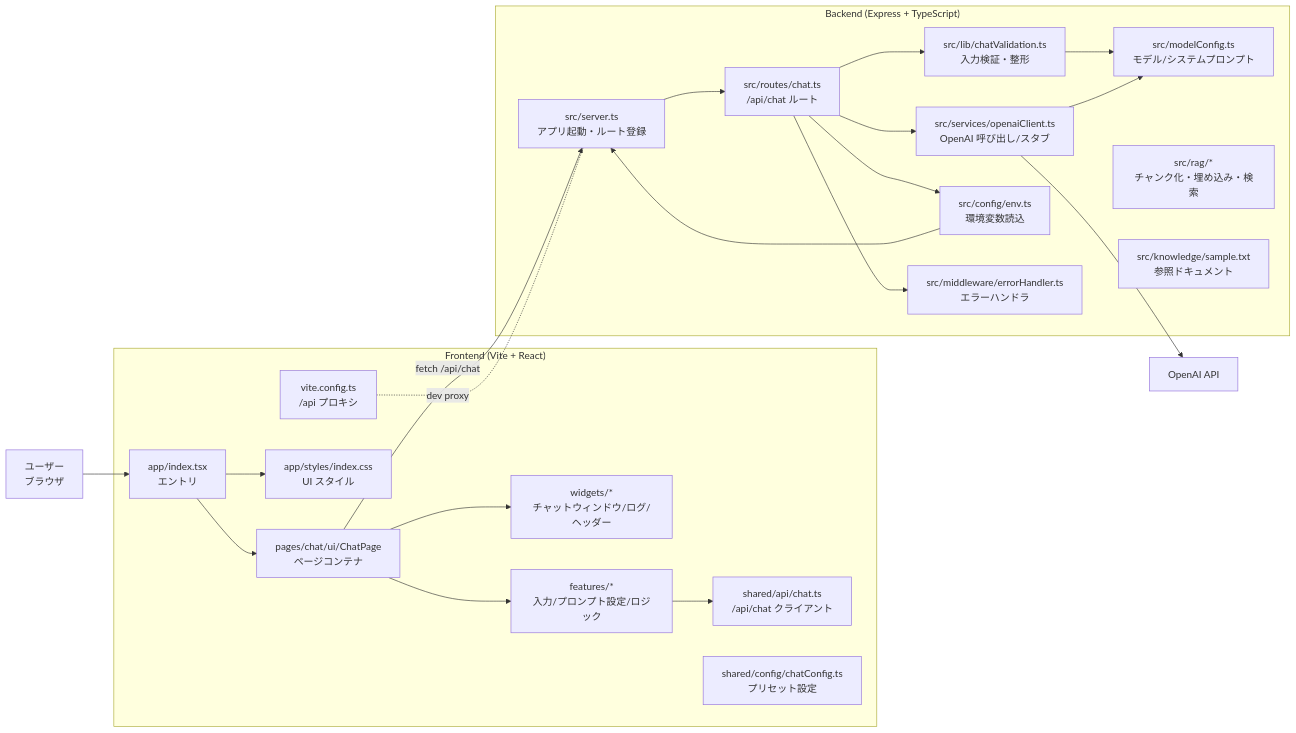
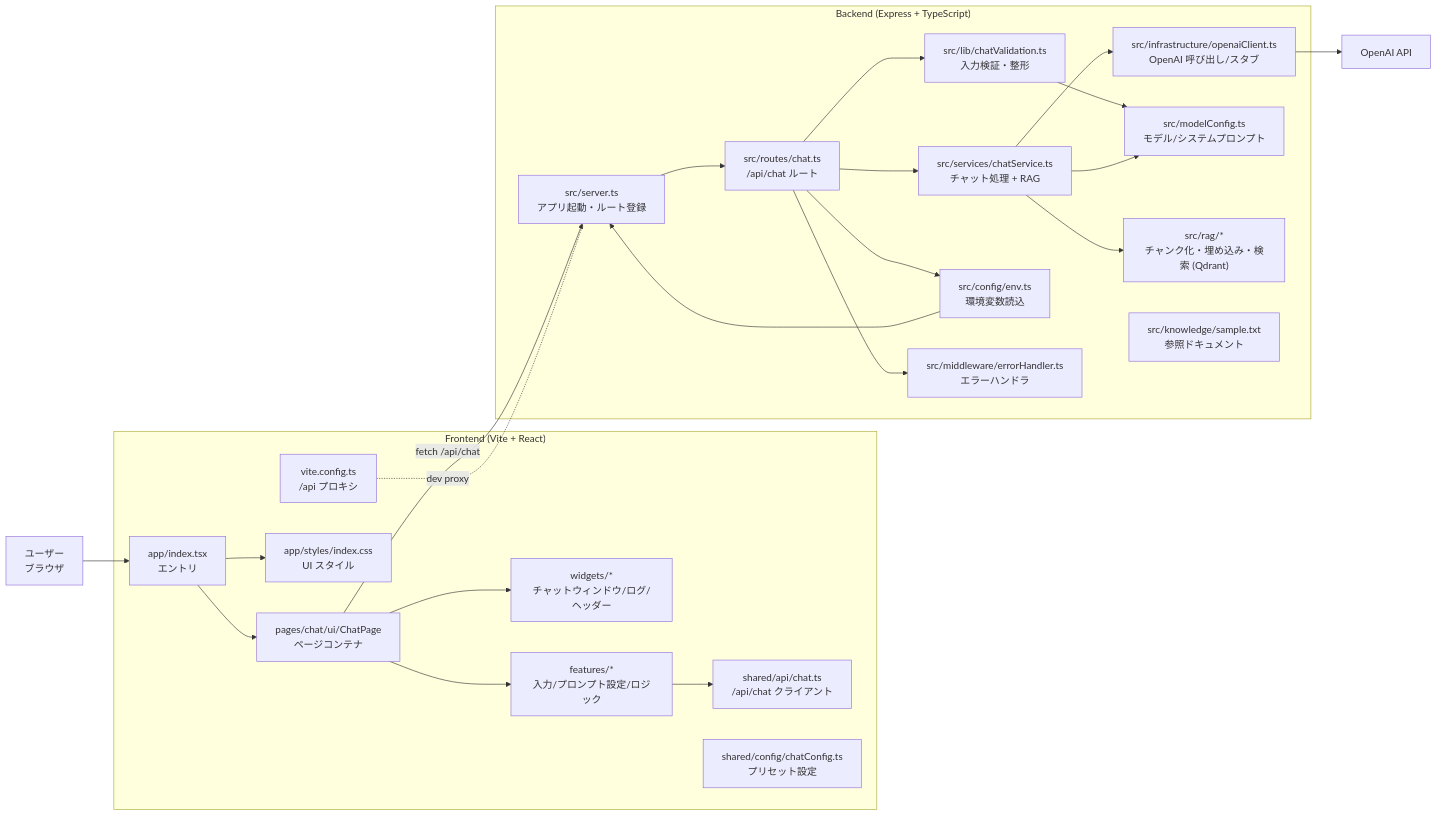
One commit to akihiro4321/llm-playground changed the diagram in README.md. Above: the diagram before and after it, drawn with Mermaid. The commit also changed other lines of this file and 5 other files, not shown here.

````diff
--- a/README.md
+++ b/README.md
@@ -74,46 +76,49 @@
 ```mermaid
 flowchart LR
   subgraph Frontend["Frontend (Vite + React)"]
     AppEntry["app/index.tsx<br/>エントリ"]
     ChatPage["pages/chat/ui/ChatPage<br/>ページコンテナ"]
     Widgets["widgets/*<br/>チャットウィンドウ/ログ/ヘッダー"]
     Features["features/*<br/>入力/プロンプト設定/ロジック"]
     SharedApi["shared/api/chat.ts<br/>/api/chat クライアント"]
     SharedCfg["shared/config/chatConfig.ts<br/>プリセット設定"]
     Styles["app/styles/index.css<br/>UI スタイル"]
     ConfigFE["vite.config.ts<br/>/api プロキシ"]
   end
 
   subgraph Backend["Backend (Express + TypeScript)"]
     Server["src/server.ts<br/>アプリ起動・ルート登録"]
     Routes["src/routes/chat.ts<br/>/api/chat ルート"]
     Validation["src/lib/chatValidation.ts<br/>入力検証・整形"]
-    OpenAI["src/services/openaiClient.ts<br/>OpenAI 呼び出し/スタブ"]
+    Service["src/services/chatService.ts<br/>チャット処理 + RAG"]
+    OpenAIInfra["src/infrastructure/openaiClient.ts<br/>OpenAI 呼び出し/スタブ"]
     Env["src/config/env.ts<br/>環境変数読込"]
     ErrorMW["src/middleware/errorHandler.ts<br/>エラーハンドラ"]
     ModelCfg["src/modelConfig.ts<br/>モデル/システムプロンプト"]
-    RAG["src/rag/*<br/>チャンク化・埋め込み・検索"]
+    RAG["src/rag/*<br/>チャンク化・埋め込み・検索 (Qdrant)"]
     Knowledge["src/knowledge/sample.txt<br/>参照ドキュメント"]
   end
 
   User["ユーザー<br/>ブラウザ"]
   OpenAISDK["OpenAI API"]
 
   User --> AppEntry
   AppEntry --> ChatPage
   ChatPage --> Features
   Features --> SharedApi
   ChatPage --> Widgets
   AppEntry --> Styles
   ChatPage -- fetch /api/chat --> Server
   ConfigFE -. dev proxy .- Server
   Server --> Routes
   Routes --> Validation
-  Routes --> OpenAI
+  Routes --> Service
+  Service --> RAG
+  Service --> OpenAIInfra
   Routes --> ErrorMW
   Validation --> ModelCfg
-  OpenAI --> ModelCfg
+  Service --> ModelCfg
   Env --> Server
   Routes --> Env
-  OpenAI --> OpenAISDK
+  OpenAIInfra --> OpenAISDK
 ```
````
